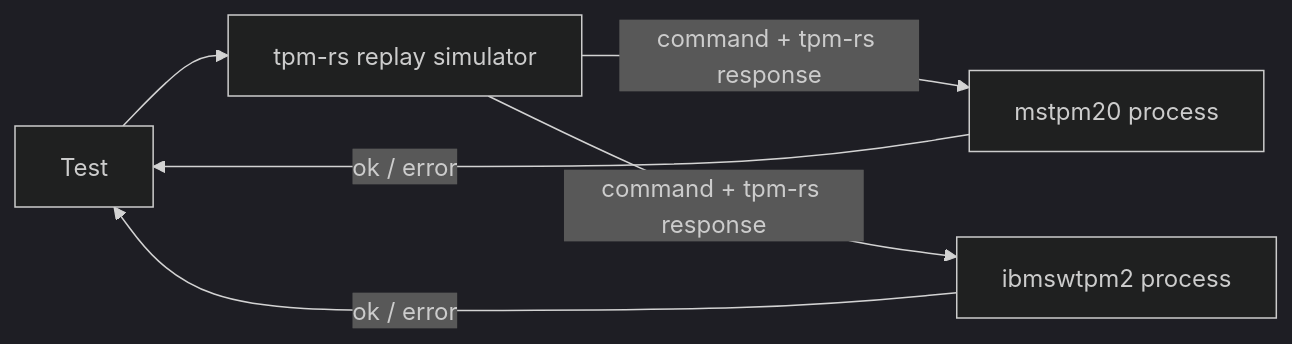
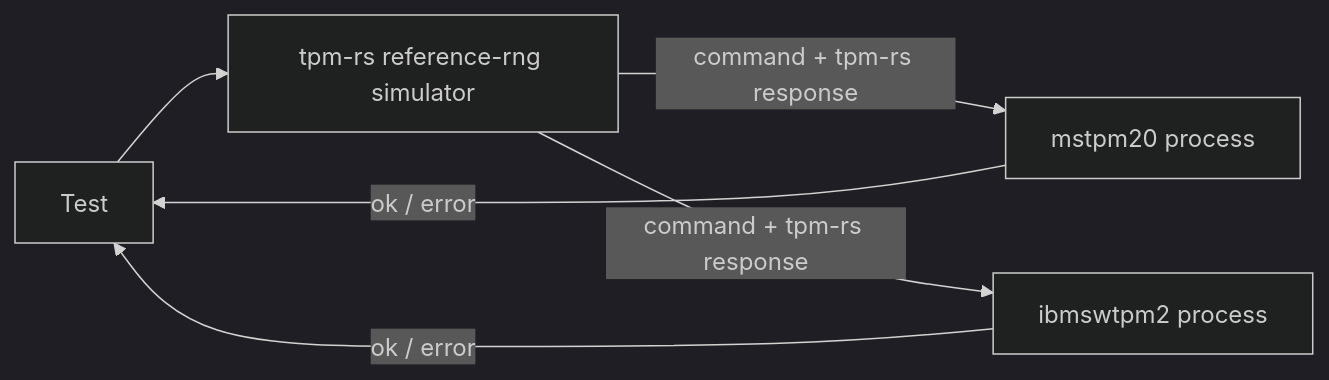
Before and after one commit to tpm-rs/tpm-rs: the diagram in differential.md, drawn with Mermaid (dark theme). The commit also changed other lines of this file and 119 other files, not shown here.

First line of the commit message:
testing, tpm2-impl: reproduce the C references' RNG instead of patching it

````diff
--- a/differential.md
+++ b/differential.md
@@ -37,8 +37,8 @@
 ```mermaid
 flowchart LR
-  T["Test"] --> R["tpm-rs replay simulator"]
+  T["Test"] --> R["tpm-rs reference-rng simulator"]
   R -- "command + tpm-rs response" --> M["mstpm20 process"]
   R -- "command + tpm-rs response" --> I["ibmswtpm2 process"]
   M -- "ok / error" --> T
   I -- "ok / error" --> T
 ```
````
